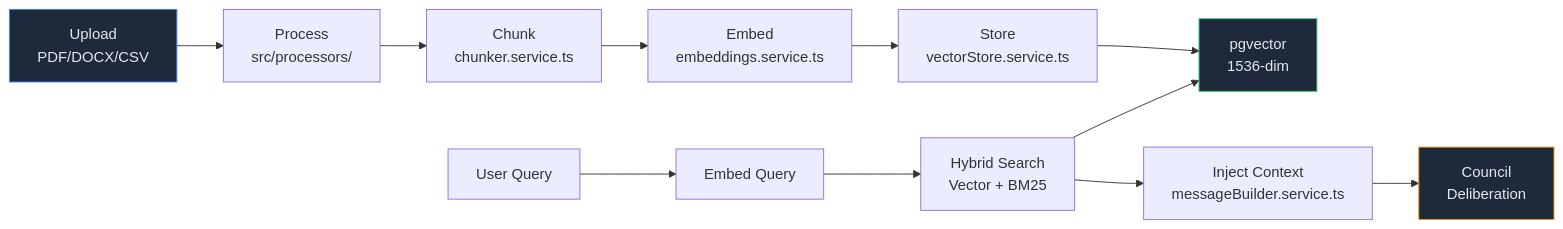
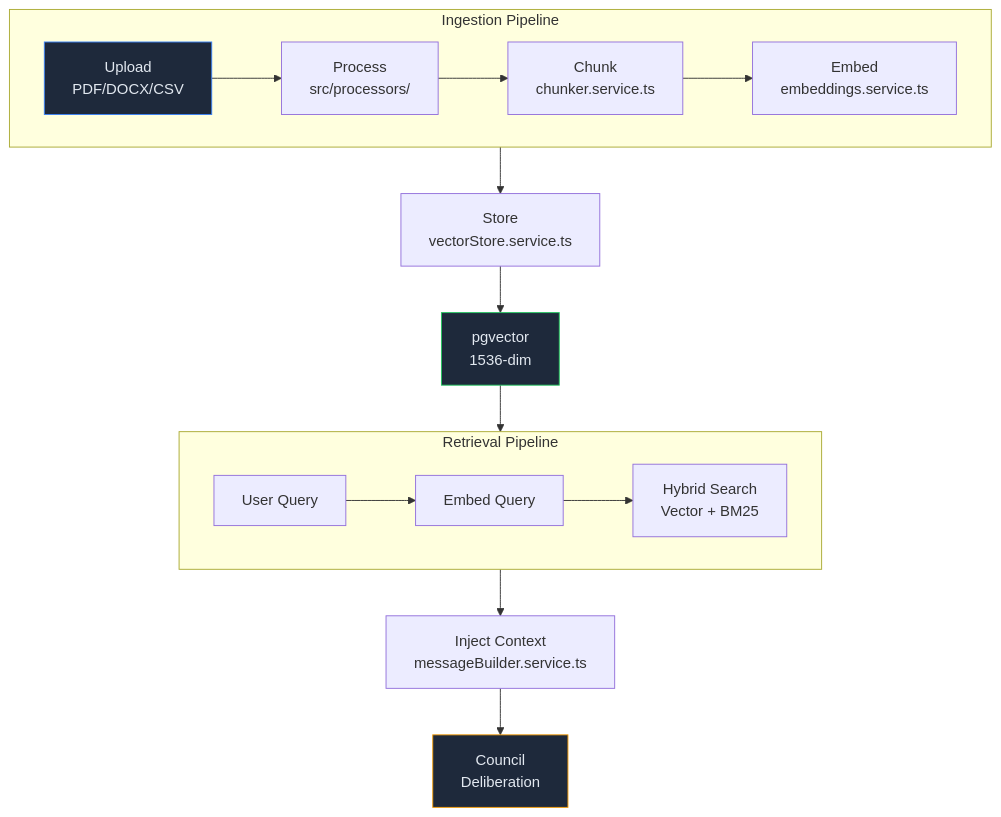
Before and after one commit to Yash-Awasthi/Judica: the third of 3 diagrams in docs/DOCUMENTATION.md, drawn with Mermaid. The commit also changed 196 other files, not shown here.

````diff
--- a/docs/DOCUMENTATION.md
+++ b/docs/DOCUMENTATION.md
@@ -1003,18 +1003,26 @@
 ```mermaid
-flowchart LR
-    A["Upload\nPDF/DOCX/CSV"] --> B["Process\nsrc/processors/"]
-    B --> C["Chunk\nchunker.service.ts"]
-    C --> D["Embed\nembeddings.service.ts"]
+flowchart TB
+    subgraph INGEST["Ingestion Pipeline"]
+        direction LR
+        A["Upload\nPDF/DOCX/CSV"] --> B["Process\nsrc/processors/"]
+        B --> C["Chunk\nchunker.service.ts"]
+        C --> D["Embed\nembeddings.service.ts"]
+    end
+
     D --> E["Store\nvectorStore.service.ts"]
     E --> F["pgvector\n1536-dim"]
 
-    G["User Query"] --> H["Embed Query"]
-    H --> I["Hybrid Search\nVector + BM25"]
-    I --> F
+    subgraph RETRIEVAL["Retrieval Pipeline"]
+        direction LR
+        G["User Query"] --> H["Embed Query"]
+        H --> I["Hybrid Search\nVector + BM25"]
+    end
+
+    F --> I
     I --> J["Inject Context\nmessageBuilder.service.ts"]
     J --> K["Council\nDeliberation"]
 
     style A fill:#1e293b,stroke:#3b82f6,color:#e2e8f0
     style F fill:#1e293b,stroke:#22c55e,color:#e2e8f0
     style K fill:#1e293b,stroke:#f59e0b,color:#e2e8f0
 ```
````
